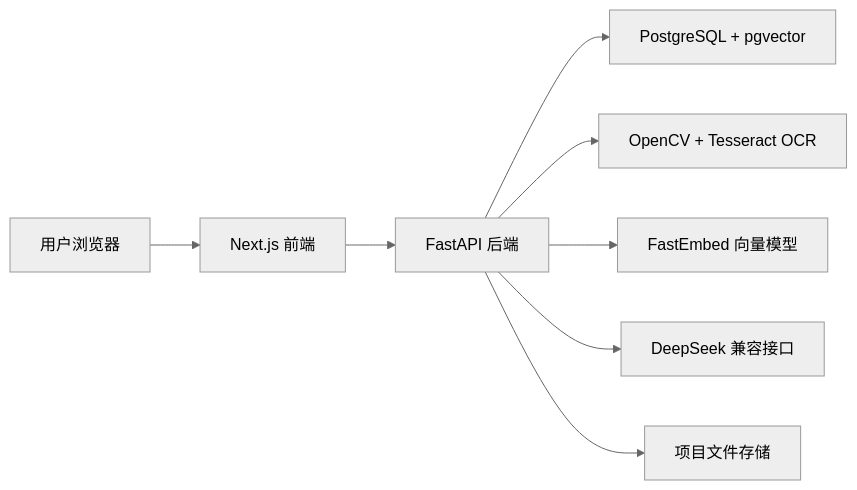
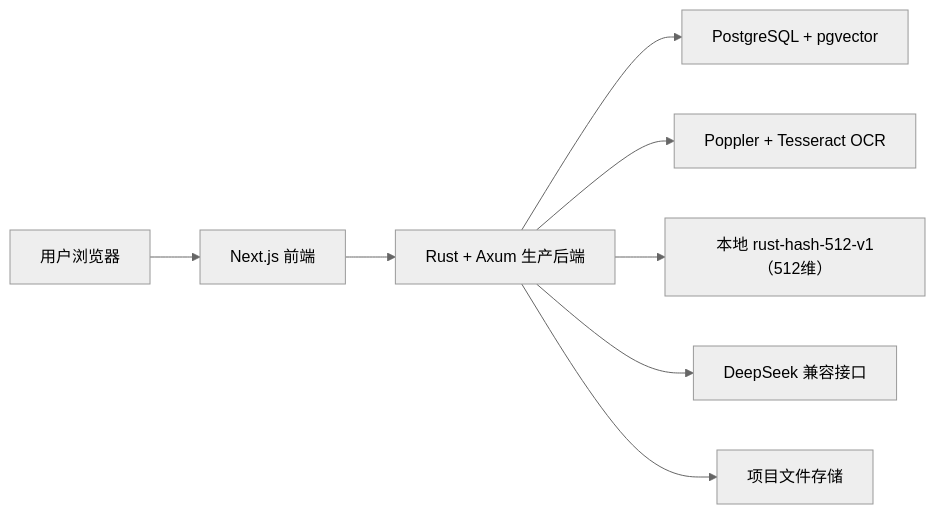
The first of 2 diagrams in docs/system-evidence/architecture-and-flow.md (ARTISTA666/DianZiBiJi), drawn with Mermaid (neutral theme) before and after one commit. The commit also changed other lines of this file and 27 other files, not shown here.

````diff
--- a/docs/system-evidence/architecture-and-flow.md
+++ b/docs/system-evidence/architecture-and-flow.md
@@ -3,10 +3,10 @@
 ```mermaid
 flowchart LR
   U["用户浏览器"] --> F["Next.js 前端"]
-  F --> A["FastAPI 后端"]
+  F --> A["Rust + Axum 生产后端"]
   A --> P["PostgreSQL + pgvector"]
-  A --> O["OpenCV + Tesseract OCR"]
-  A --> E["FastEmbed 向量模型"]
+  A --> O["Poppler + Tesseract OCR"]
+  A --> E["本地 rust-hash-512-v1（512维）"]
   A --> D["DeepSeek 兼容接口"]
   A --> S["项目文件存储"]
 ```
````
